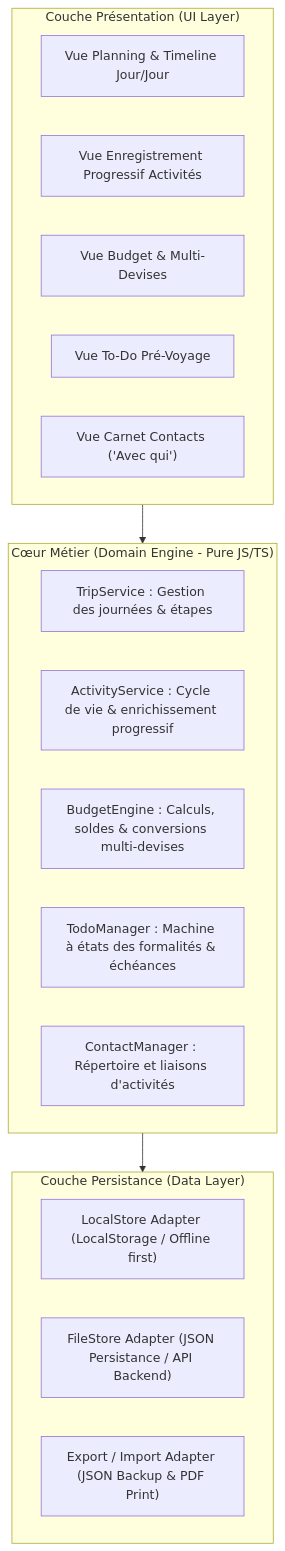
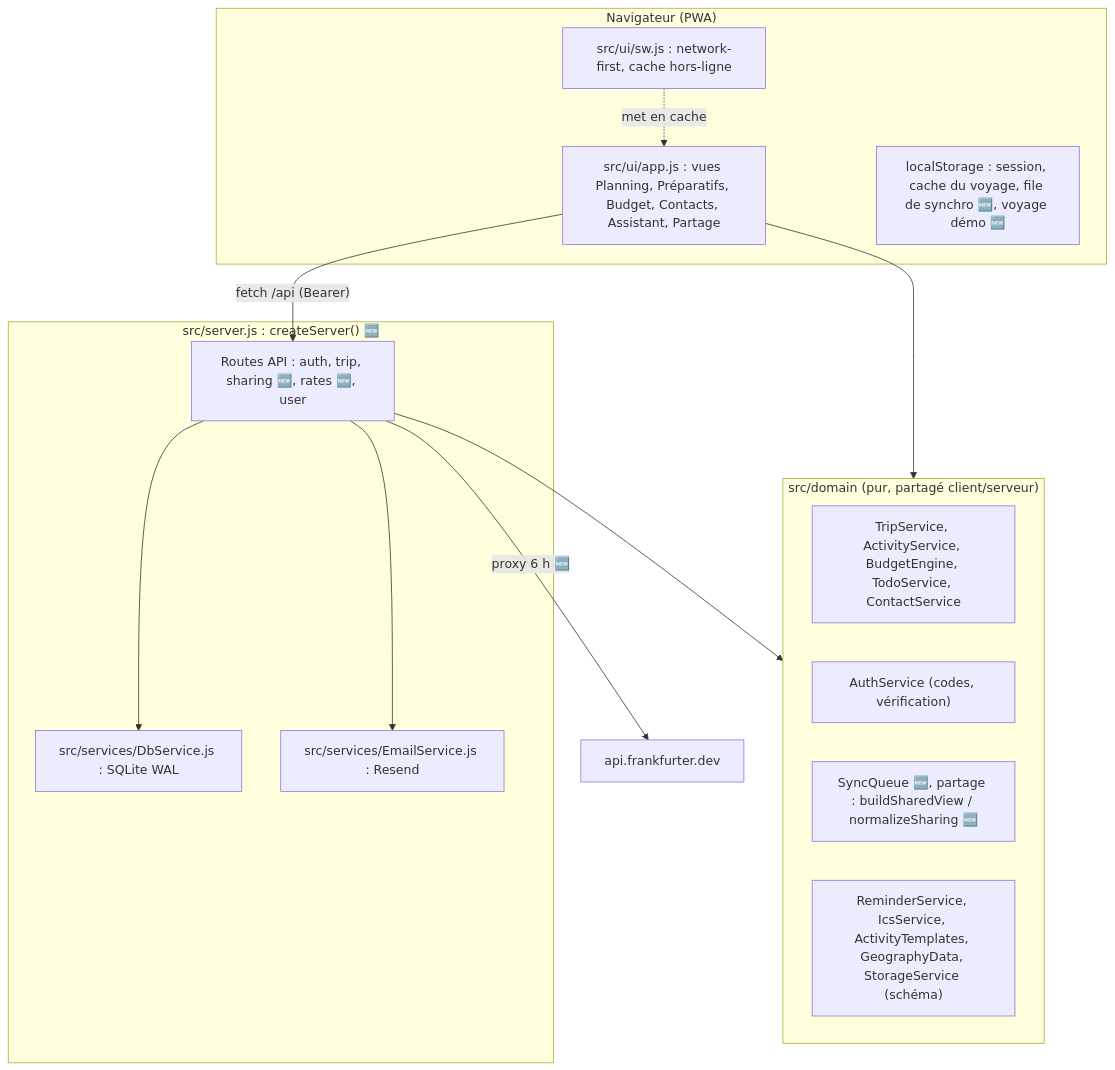
Before and after one commit to stevefofou9-tech/capvoyage: the diagram in docs/architecture_technique.md, drawn with Mermaid. The commit also changed other lines of this file and 10 other files, not shown here.

````diff
--- a/docs/architecture_technique.md
+++ b/docs/architecture_technique.md
@@ -16,27 +18,26 @@
 ```mermaid
 flowchart TD
-    subgraph UI ["Couche Présentation (UI Layer)"]
-        V1["Vue Planning & Timeline Jour/Jour"]
-        V2["Vue Enregistrement Progressif Activités"]
-        V3["Vue Budget & Multi-Devises"]
-        V4["Vue To-Do Pré-Voyage"]
-        V5["Vue Carnet Contacts ('Avec qui')"]
+    subgraph Client ["Navigateur (PWA)"]
+        UI["src/ui/app.js : vues Planning, Préparatifs, Budget, Contacts, Assistant, Partage"]
+        SW["src/ui/sw.js : network-first, cache hors-ligne"]
+        LS["localStorage : session, cache du voyage, file de synchro 🆕, voyage démo 🆕"]
     end
-
-    subgraph Domain ["Cœur Métier (Domain Engine - Pure JS/TS)"]
-        M1["TripService : Gestion des journées & étapes"]
-        M2["ActivityService : Cycle de vie & enrichissement progressif"]
-        M3["BudgetEngine : Calculs, soldes & conversions multi-devises"]
-        M4["TodoManager : Machine à états des formalités & échéances"]
-        M5["ContactManager : Répertoire et liaisons d'activités"]
+    subgraph Domain ["src/domain (pur, partagé client/serveur)"]
+        D1["TripService, ActivityService, BudgetEngine, TodoService, ContactService"]
+        D2["AuthService (codes, vérification)"]
+        D3["SyncQueue 🆕, partage : buildSharedView / normalizeSharing 🆕"]
+        D4["ReminderService, IcsService, ActivityTemplates, GeographyData, StorageService (schéma)"]
     end
-
-    subgraph Storage ["Couche Persistance (Data Layer)"]
-        S1["LocalStore Adapter (LocalStorage / Offline first)"]
-        S2["FileStore Adapter (JSON Persistance / API Backend)"]
-        S3["Export / Import Adapter (JSON Backup & PDF Print)"]
+    subgraph Server ["src/server.js : createServer() 🆕"]
+        R["Routes API : auth, trip, sharing 🆕, rates 🆕, user"]
+        DB["src/services/DbService.js : SQLite WAL"]
+        EM["src/services/EmailService.js : Resend"]
     end
-
     UI --> Domain
-    Domain --> Storage
+    UI -- "fetch /api (Bearer)" --> R
+    SW -. "met en cache" .-> UI
+    R --> Domain
+    R --> DB
+    R --> EM
+    R -- "proxy 6 h 🆕" --> FX["api.frankfurter.dev"]
 ```
````
